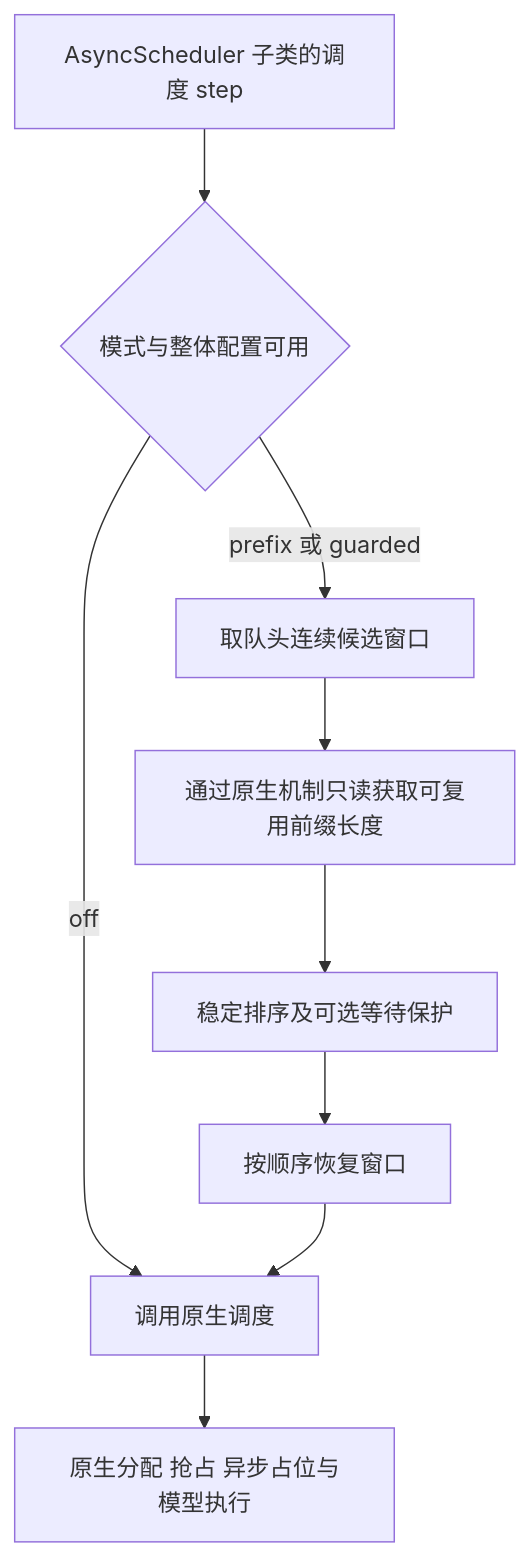
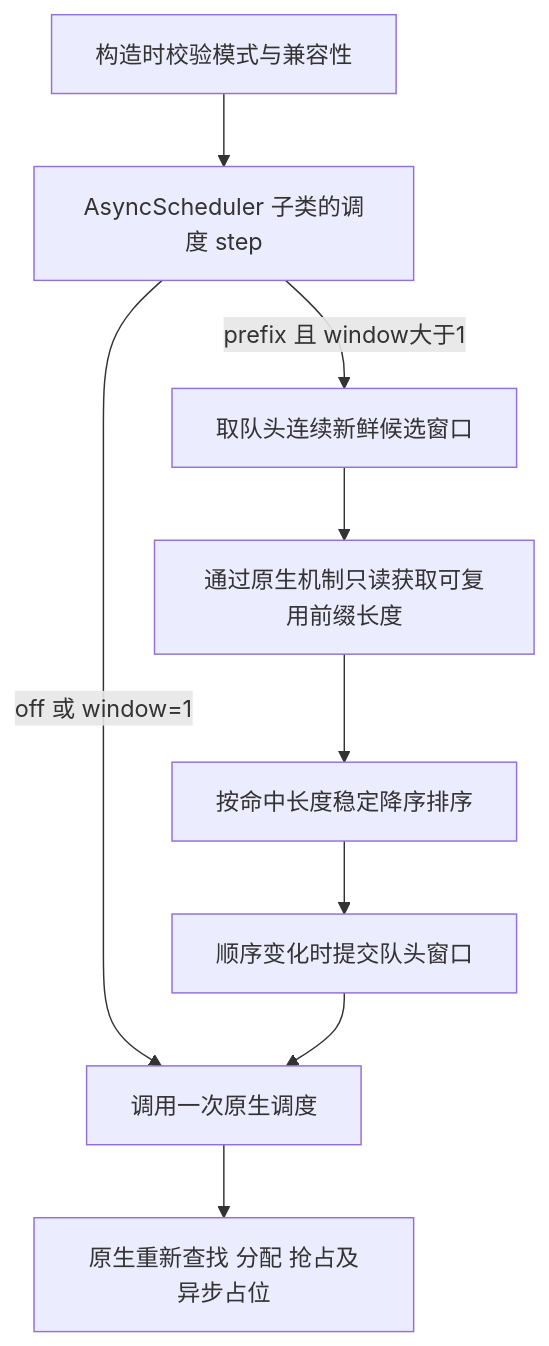
One commit to Atttt-3/vllm-prefix-scheduler changed the diagram in docs/architecture.md. Above: the diagram before and after it, drawn with Mermaid. The commit also changed other lines of this file and 4 other files, not shown here.

````diff
--- a/docs/architecture.md
+++ b/docs/architecture.md
@@ -28,11 +30,11 @@
 ```mermaid
 flowchart TD
-  A[AsyncScheduler 子类的调度 step] --> B{模式与整体配置可用}
-  B -- off --> F[调用原生调度]
-  B -- prefix 或 guarded --> C[取队头连续候选窗口]
+  A[构造时校验模式与兼容性] --> B[AsyncScheduler 子类的调度 step]
+  B -- off 或 window=1 --> F[调用一次原生调度]
+  B -- prefix 且 window大于1 --> C[取队头连续新鲜候选窗口]
   C --> D[通过原生机制只读获取可复用前缀长度]
-  D --> E[稳定排序及可选等待保护]
-  E --> G[按顺序恢复窗口]
+  D --> E[按命中长度稳定降序排序]
+  E --> G[顺序变化时提交队头窗口]
   G --> F
-  F --> H[原生分配 抢占 异步占位与模型执行]
+  F --> H[原生重新查找 分配 抢占及异步占位]
 ```
````
